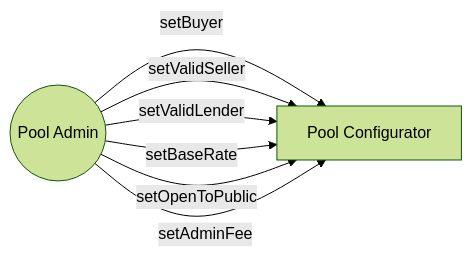
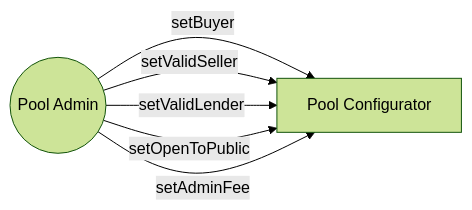
Before and after one commit to isle-labs/isle-docs: the ninth of 10 diagrams in docs/contracts/diagrams.md, drawn with Mermaid (forest theme). The commit also changed other lines of this file and 26 other files, not shown here.

````diff
--- a/docs/contracts/diagrams.md
+++ b/docs/contracts/diagrams.md
@@ -123,12 +123,11 @@
 ```mermaid
 flowchart LR;
   PA((Pool Admin))
   PC[Pool Configurator]
   PA -- "setBuyer" --> PC
   PA -- "setValidSeller" --> PC
   PA -- "setValidLender" --> PC
-  PA -- "setBaseRate" --> PC
   PA -- "setOpenToPublic" --> PC
   PA -- "setAdminFee" --> PC
-  
+
 ```
````
